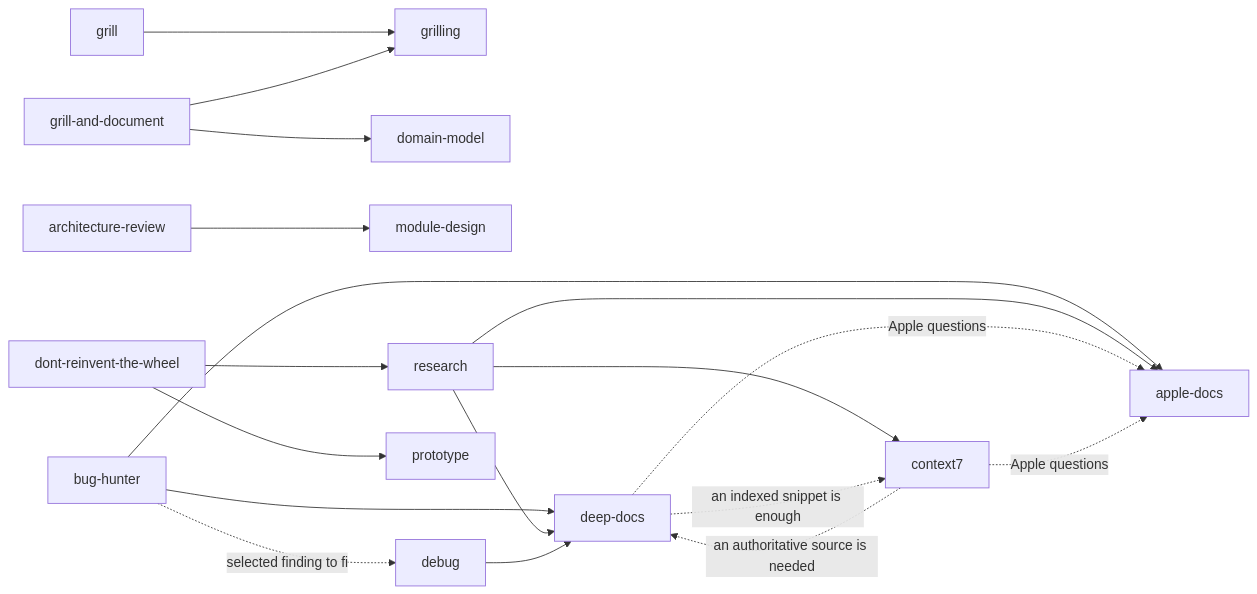
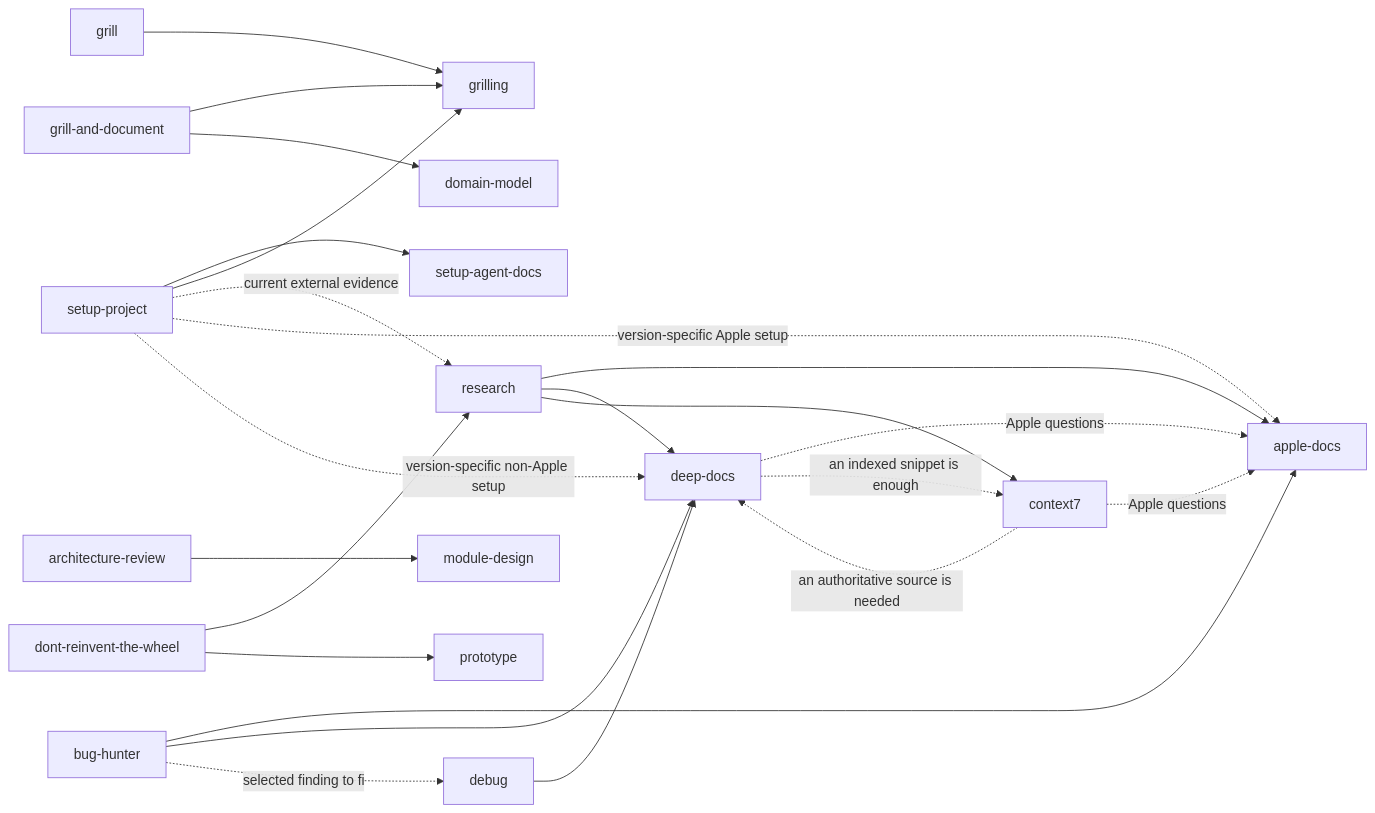
Before and after one commit to martonpaulo/skills: the diagram in README.md, drawn with Mermaid. The commit also changed other lines of this file and 3 other files, not shown here.

First line of the commit message:
feat(setup-project): add repository bootstrap skill

````diff
--- a/README.md
+++ b/README.md
@@ -139,20 +140,25 @@
 ```mermaid
 flowchart LR
+  setup-project --> setup-agent-docs
+  setup-project --> grilling
+  setup-project -.current external evidence.-> research
+  setup-project -.version-specific Apple setup.-> apple-docs
+  setup-project -.version-specific non-Apple setup.-> deep-docs
   grill --> grilling
   grill-and-document --> grilling
   grill-and-document --> domain-model
   architecture-review --> module-design
   bug-hunter --> apple-docs
   bug-hunter --> deep-docs
   bug-hunter -.selected finding to fix.-> debug
   dont-reinvent-the-wheel --> research
   dont-reinvent-the-wheel --> prototype
   research --> apple-docs
   research --> deep-docs
   research --> context7
   debug --> deep-docs
   deep-docs -.Apple questions.-> apple-docs
   deep-docs -.an indexed snippet is enough.-> context7
   context7 -.Apple questions.-> apple-docs
   context7 -.an authoritative source is needed.-> deep-docs
 ```
````
